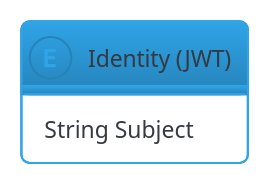
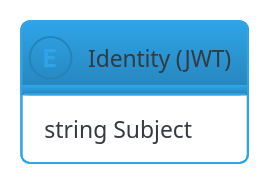
Before and after one commit to buehler/mse-project-thesis-2: the diagram in diagrams/04_translator_identity_definition.puml, drawn with PlantUML. The commit also changed 7 other files, not shown here.

```diff
--- a/diagrams/04_translator_identity_definition.puml
+++ b/diagrams/04_translator_identity_definition.puml
@@ -1,9 +1,9 @@
 @startuml
 !theme cerulean-outline
 hide empty methods
 
 entity "Identity (JWT)" {
-  String Subject
+  string Subject
 }
 
 @enduml
```
